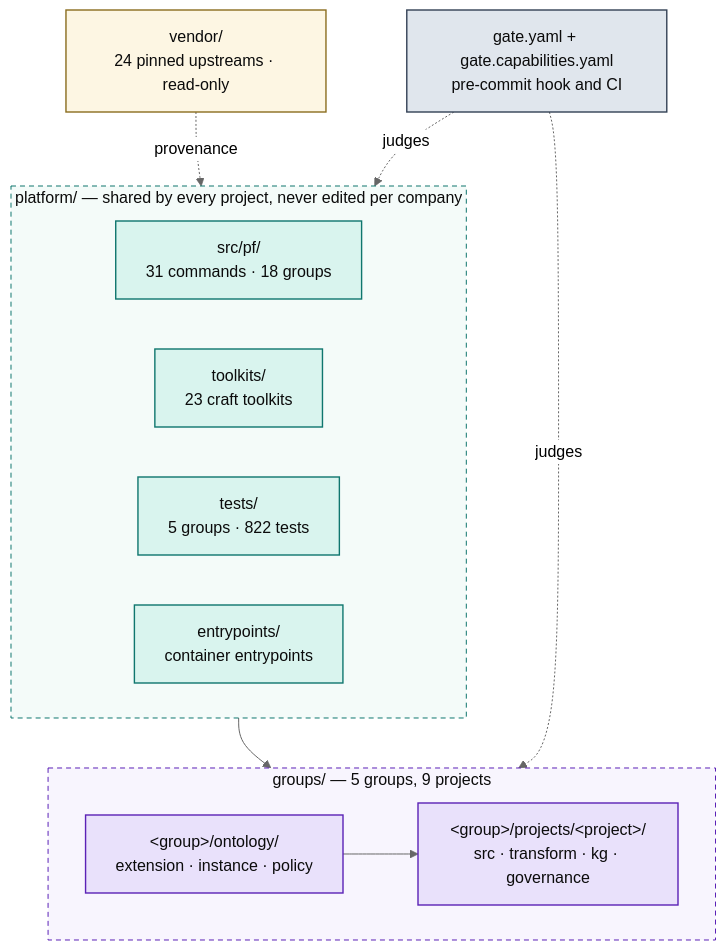
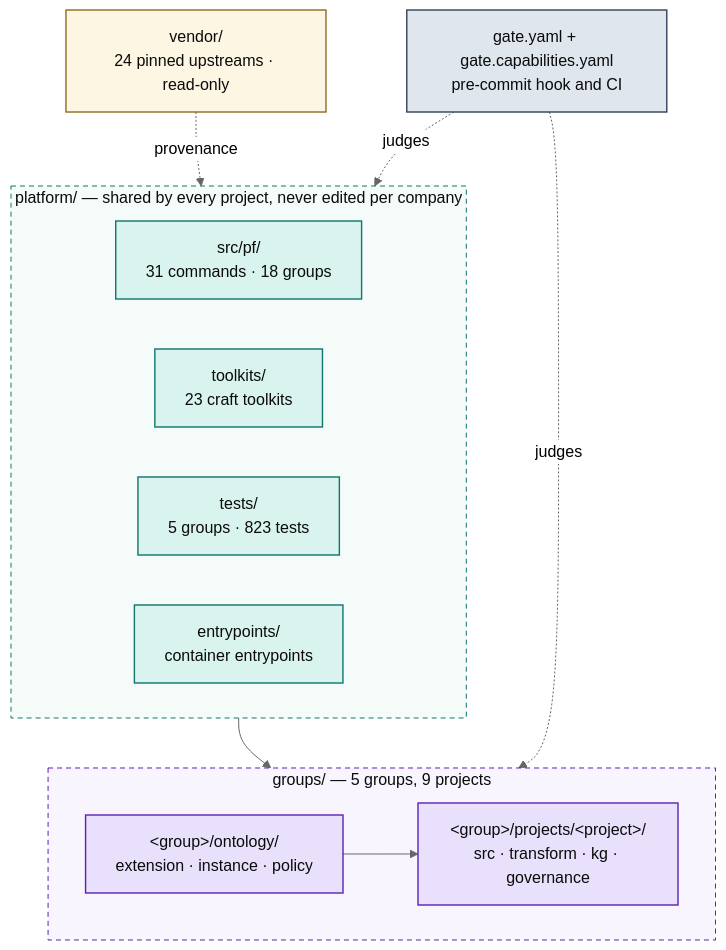
Before and after one commit to Atomz-org/data-platform: the first of 5 diagrams in docs/ARCHITECTURE.md, drawn with Mermaid (neutral theme). The commit also changed other lines of this file and 3 other files, not shown here.

````diff
--- a/docs/ARCHITECTURE.md
+++ b/docs/ARCHITECTURE.md
@@ -15,36 +15,36 @@
 ```mermaid
 flowchart TB
   subgraph SHARED["platform/ — shared by every project, never edited per company"]
     direction LR
     ENG["src/pf/<br/>31 commands · 18 groups"]
     TK["toolkits/<br/>23 craft toolkits"]
-    TST["tests/<br/>5 groups · 822 tests"]
+    TST["tests/<br/>5 groups · 823 tests"]
     ENT["entrypoints/<br/>container entrypoints"]
   end
 
   subgraph ENTITIES["groups/ — 5 groups, 9 projects"]
     direction LR
     GRP["&lt;group&gt;/ontology/<br/>extension · instance · policy"]
     PRJ["&lt;group&gt;/projects/&lt;project&gt;/<br/>src · transform · kg · governance"]
     GRP --> PRJ
   end
 
   VEN["vendor/<br/>24 pinned upstreams · read-only"]
   GATE["gate.yaml + gate.capabilities.yaml<br/>pre-commit hook and CI"]
 
   SHARED --> ENTITIES
   VEN -.provenance.-> SHARED
   GATE -.judges.-> ENTITIES
   GATE -.judges.-> SHARED
 
   classDef code fill:#d9f4ee,stroke:#0f766e,stroke-width:1.4px,color:#0b0b0b
   classDef data fill:#e9e1fb,stroke:#5b21b6,stroke-width:1.4px,color:#0b0b0b
   classDef gov fill:#e0e6ed,stroke:#334155,stroke-width:1.4px,color:#0b0b0b
   classDef ext fill:#fdf6e3,stroke:#8a6d1f,stroke-width:1.4px,color:#0b0b0b
   class ENG,TK,TST,ENT code
   class GRP,PRJ data
   class GATE gov
   class VEN ext
   style SHARED fill:#f4fbf9,stroke:#0f766e,stroke-dasharray:5 4,color:#0b0b0b
   style ENTITIES fill:#f8f5fe,stroke:#5b21b6,stroke-dasharray:5 4,color:#0b0b0b
 ```
````
